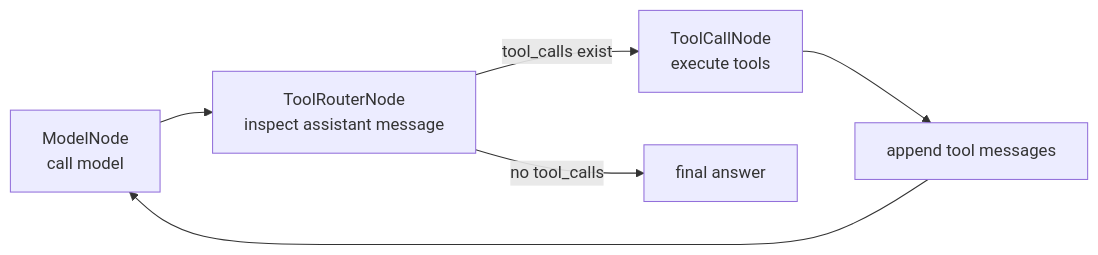
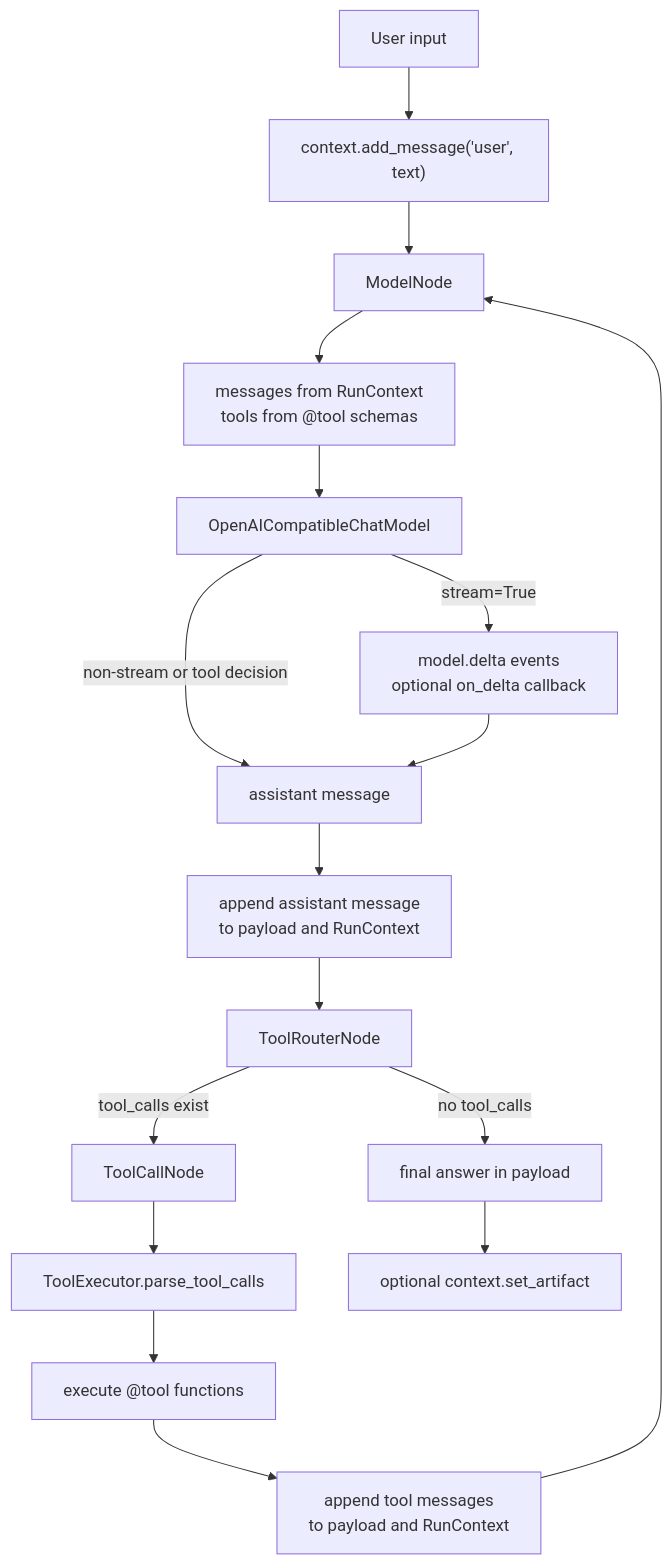
Before and after one commit to Lancetwang/agent-core-runtime: the second of 2 diagrams in README.md, drawn with Mermaid. The commit also changed other lines of this file and 7 other files, not shown here.

````diff
--- a/README.md
+++ b/README.md
@@ -67,8 +61,21 @@
 ```mermaid
-flowchart LR
-    A["ModelNode<br/>call model"] --> B["ToolRouterNode<br/>inspect assistant message"]
-    B -->|"tool_calls exist"| C["ToolCallNode<br/>execute tools"]
-    C --> D["append tool messages"]
-    D --> A
-    B -->|"no tool_calls"| E["final answer"]
+flowchart TD
+    User["User input"] --> AddUser["context.add_message('user', text)"]
+    AddUser --> ModelNode["ModelNode"]
+    ModelNode --> BuildRequest["messages from RunContext<br/>tools from @tool schemas"]
+    BuildRequest --> Adapter["OpenAICompatibleChatModel"]
+    Adapter -->|"non-stream or tool decision"| AssistantMessage["assistant message"]
+    Adapter -->|"stream=True"| Delta["model.delta events<br/>optional on_delta callback"]
+    Delta --> AssistantMessage
+    AssistantMessage --> StoreAssistant["append assistant message<br/>to payload and RunContext"]
+    StoreAssistant --> Router["ToolRouterNode"]
+
+    Router -->|"tool_calls exist"| ToolNode["ToolCallNode"]
+    ToolNode --> ParseCalls["ToolExecutor.parse_tool_calls"]
+    ParseCalls --> ExecuteTools["execute @tool functions"]
+    ExecuteTools --> ToolMessages["append tool messages<br/>to payload and RunContext"]
+    ToolMessages --> ModelNode
+
+    Router -->|"no tool_calls"| Final["final answer in payload"]
+    Final --> Artifact["optional context.set_artifact"]
 ```
````
